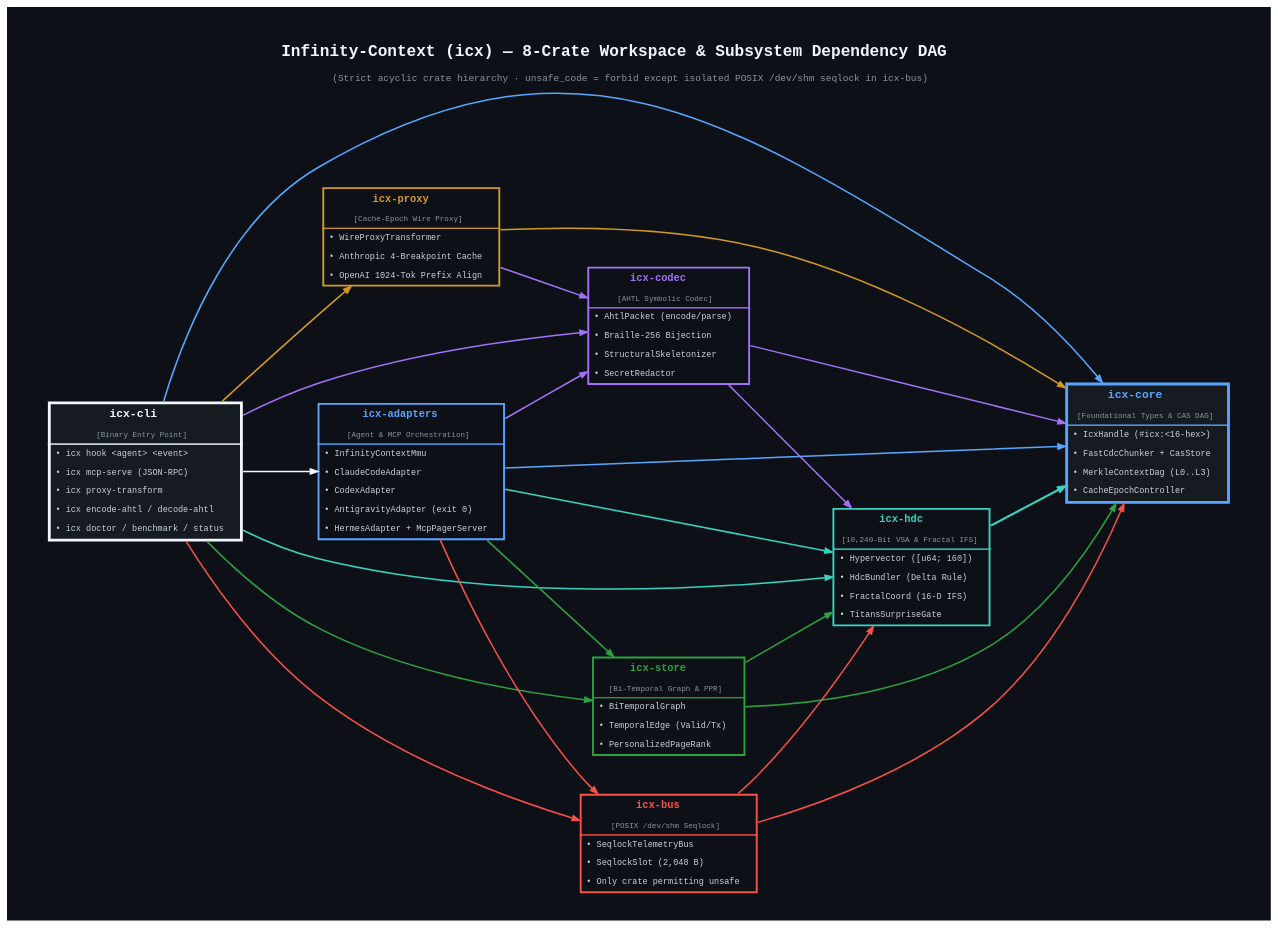
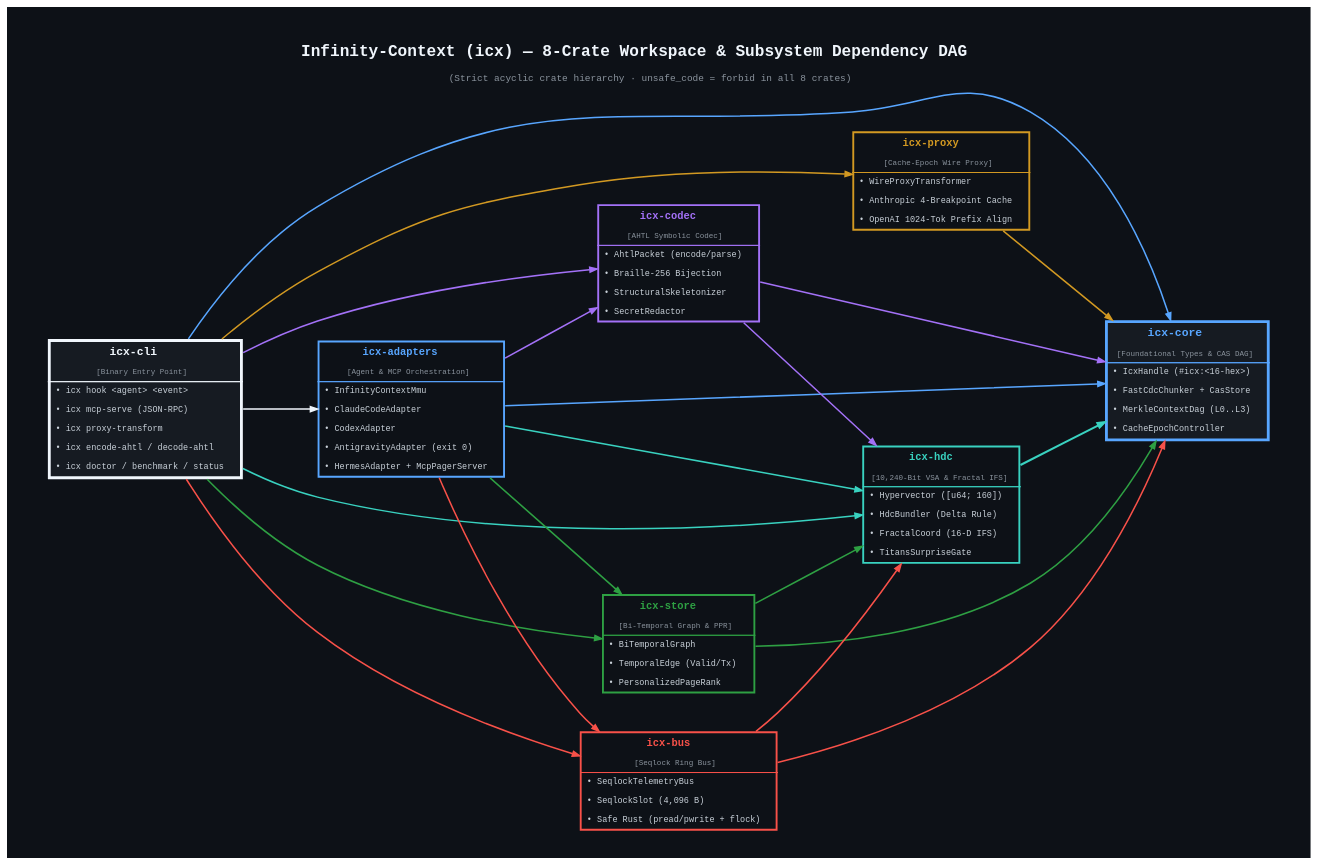
The diagram in images/infinity-context-crate-graph.dot (doublegate/Infinity-Context), drawn with Graphviz before and after one commit. The commit also changed 146 other files, not shown here.

```diff
--- a/images/infinity-context-crate-graph.dot
+++ b/images/infinity-context-crate-graph.dot
@@ -1,139 +1,138 @@
 digraph InfinityContextCrateGraph {
     // =================================================================
     // Infinity-Context (icx) — 8-Crate Workspace & Cross-Agent Dependency DAG
     // Style: Dark theme matching VeridianOS relationship diagrams
     // Note: Every bullet uses its own <TR><TD ALIGN="LEFT"> row for exact left alignment.
     // =================================================================
 
     bgcolor="#0d1117"
     rankdir=LR
     splines=true
     nodesep=0.55
     ranksep=1.10
     pad="0.6,0.4"
     labelloc="t"
     label=<
         <TABLE BORDER="0" CELLBORDER="0" CELLSPACING="0" CELLPADDING="6">
         <TR><TD ALIGN="CENTER"><FONT COLOR="#f0f6fc" POINT-SIZE="17" FACE="JetBrains Mono,Consolas,monospace"><B>Infinity-Context (icx) &#8212; 8-Crate Workspace &amp; Subsystem Dependency DAG</B>&#160;&#160;&#160;</FONT></TD></TR>
-        <TR><TD ALIGN="CENTER"><FONT COLOR="#8b949e" POINT-SIZE="10" FACE="JetBrains Mono,Consolas,monospace">(Strict acyclic crate hierarchy &#183; unsafe_code = forbid except isolated POSIX /dev/shm seqlock in icx-bus)&#160;&#160;&#160;</FONT></TD></TR>
+        <TR><TD ALIGN="CENTER"><FONT COLOR="#8b949e" POINT-SIZE="10" FACE="JetBrains Mono,Consolas,monospace">(Strict acyclic crate hierarchy &#183; unsafe_code = forbid in all 8 crates)&#160;&#160;&#160;</FONT></TD></TR>
         </TABLE>>
 
     node [shape=none fontname="JetBrains Mono,Consolas,Courier New,monospace" fontsize=10 margin="0"]
     edge [arrowsize=0.75 penwidth=1.6]
 
     icx_cli [label=<
         <TABLE BORDER="3" CELLBORDER="0" CELLSPACING="0" CELLPADDING="5" COLOR="#f0f6fc" BGCOLOR="#161b22">
         <TR><TD ALIGN="CENTER"><FONT COLOR="#f0f6fc" POINT-SIZE="12"><B>icx-cli</B>&#160;&#160;&#160;</FONT></TD></TR>
         <TR><TD ALIGN="CENTER"><FONT COLOR="#8b949e" POINT-SIZE="8.5">[Binary Entry Point]&#160;&#160;&#160;</FONT></TD></TR>
         <HR/>
         <TR><TD ALIGN="LEFT"><FONT COLOR="#c9d1d9" POINT-SIZE="9">&#8226; icx hook &lt;agent&gt; &lt;event&gt;&#160;&#160;&#160;</FONT></TD></TR>
         <TR><TD ALIGN="LEFT"><FONT COLOR="#c9d1d9" POINT-SIZE="9">&#8226; icx mcp-serve (JSON-RPC)&#160;&#160;&#160;</FONT></TD></TR>
         <TR><TD ALIGN="LEFT"><FONT COLOR="#c9d1d9" POINT-SIZE="9">&#8226; icx proxy-transform&#160;&#160;&#160;</FONT></TD></TR>
         <TR><TD ALIGN="LEFT"><FONT COLOR="#c9d1d9" POINT-SIZE="9">&#8226; icx encode-ahtl / decode-ahtl&#160;&#160;&#160;</FONT></TD></TR>
         <TR><TD ALIGN="LEFT"><FONT COLOR="#c9d1d9" POINT-SIZE="9">&#8226; icx doctor / benchmark / status&#160;&#160;&#160;</FONT></TD></TR>
         </TABLE>>]
 
     icx_adapters [label=<
         <TABLE BORDER="2" CELLBORDER="0" CELLSPACING="0" CELLPADDING="5" COLOR="#58a6ff" BGCOLOR="#0d1117">
         <TR><TD ALIGN="CENTER"><FONT COLOR="#58a6ff" POINT-SIZE="11"><B>icx-adapters</B>&#160;&#160;&#160;</FONT></TD></TR>
         <TR><TD ALIGN="CENTER"><FONT COLOR="#8b949e" POINT-SIZE="8.5">[Agent &amp; MCP Orchestration]&#160;&#160;&#160;</FONT></TD></TR>
         <HR/>
         <TR><TD ALIGN="LEFT"><FONT COLOR="#c9d1d9" POINT-SIZE="9">&#8226; InfinityContextMmu&#160;&#160;&#160;</FONT></TD></TR>
         <TR><TD ALIGN="LEFT"><FONT COLOR="#c9d1d9" POINT-SIZE="9">&#8226; ClaudeCodeAdapter&#160;&#160;&#160;</FONT></TD></TR>
         <TR><TD ALIGN="LEFT"><FONT COLOR="#c9d1d9" POINT-SIZE="9">&#8226; CodexAdapter&#160;&#160;&#160;</FONT></TD></TR>
         <TR><TD ALIGN="LEFT"><FONT COLOR="#c9d1d9" POINT-SIZE="9">&#8226; AntigravityAdapter (exit 0)&#160;&#160;&#160;</FONT></TD></TR>
         <TR><TD ALIGN="LEFT"><FONT COLOR="#c9d1d9" POINT-SIZE="9">&#8226; HermesAdapter + McpPagerServer&#160;&#160;&#160;</FONT></TD></TR>
         </TABLE>>]
 
     icx_proxy [label=<
         <TABLE BORDER="2" CELLBORDER="0" CELLSPACING="0" CELLPADDING="5" COLOR="#d29922" BGCOLOR="#0d1117">
         <TR><TD ALIGN="CENTER"><FONT COLOR="#d29922" POINT-SIZE="11"><B>icx-proxy</B>&#160;&#160;&#160;</FONT></TD></TR>
         <TR><TD ALIGN="CENTER"><FONT COLOR="#8b949e" POINT-SIZE="8.5">[Cache-Epoch Wire Proxy]&#160;&#160;&#160;</FONT></TD></TR>
         <HR/>
         <TR><TD ALIGN="LEFT"><FONT COLOR="#c9d1d9" POINT-SIZE="9">&#8226; WireProxyTransformer&#160;&#160;&#160;</FONT></TD></TR>
         <TR><TD ALIGN="LEFT"><FONT COLOR="#c9d1d9" POINT-SIZE="9">&#8226; Anthropic 4-Breakpoint Cache&#160;&#160;&#160;</FONT></TD></TR>
         <TR><TD ALIGN="LEFT"><FONT COLOR="#c9d1d9" POINT-SIZE="9">&#8226; OpenAI 1024-Tok Prefix Align&#160;&#160;&#160;</FONT></TD></TR>
         </TABLE>>]
 
     icx_codec [label=<
         <TABLE BORDER="2" CELLBORDER="0" CELLSPACING="0" CELLPADDING="5" COLOR="#a371f7" BGCOLOR="#0d1117">
         <TR><TD ALIGN="CENTER"><FONT COLOR="#a371f7" POINT-SIZE="11"><B>icx-codec</B>&#160;&#160;&#160;</FONT></TD></TR>
         <TR><TD ALIGN="CENTER"><FONT COLOR="#8b949e" POINT-SIZE="8.5">[AHTL Symbolic Codec]&#160;&#160;&#160;</FONT></TD></TR>
         <HR/>
         <TR><TD ALIGN="LEFT"><FONT COLOR="#c9d1d9" POINT-SIZE="9">&#8226; AhtlPacket (encode/parse)&#160;&#160;&#160;</FONT></TD></TR>
         <TR><TD ALIGN="LEFT"><FONT COLOR="#c9d1d9" POINT-SIZE="9">&#8226; Braille-256 Bijection&#160;&#160;&#160;</FONT></TD></TR>
         <TR><TD ALIGN="LEFT"><FONT COLOR="#c9d1d9" POINT-SIZE="9">&#8226; StructuralSkeletonizer&#160;&#160;&#160;</FONT></TD></TR>
         <TR><TD ALIGN="LEFT"><FONT COLOR="#c9d1d9" POINT-SIZE="9">&#8226; SecretRedactor&#160;&#160;&#160;</FONT></TD></TR>
         </TABLE>>]
 
     icx_store [label=<
         <TABLE BORDER="2" CELLBORDER="0" CELLSPACING="0" CELLPADDING="5" COLOR="#2ea043" BGCOLOR="#0d1117">
         <TR><TD ALIGN="CENTER"><FONT COLOR="#2ea043" POINT-SIZE="11"><B>icx-store</B>&#160;&#160;&#160;</FONT></TD></TR>
         <TR><TD ALIGN="CENTER"><FONT COLOR="#8b949e" POINT-SIZE="8.5">[Bi-Temporal Graph &amp; PPR]&#160;&#160;&#160;</FONT></TD></TR>
         <HR/>
         <TR><TD ALIGN="LEFT"><FONT COLOR="#c9d1d9" POINT-SIZE="9">&#8226; BiTemporalGraph&#160;&#160;&#160;</FONT></TD></TR>
         <TR><TD ALIGN="LEFT"><FONT COLOR="#c9d1d9" POINT-SIZE="9">&#8226; TemporalEdge (Valid/Tx)&#160;&#160;&#160;</FONT></TD></TR>
         <TR><TD ALIGN="LEFT"><FONT COLOR="#c9d1d9" POINT-SIZE="9">&#8226; PersonalizedPageRank&#160;&#160;&#160;</FONT></TD></TR>
         </TABLE>>]
 
     icx_bus [label=<
         <TABLE BORDER="2" CELLBORDER="0" CELLSPACING="0" CELLPADDING="5" COLOR="#f85149" BGCOLOR="#0d1117">
         <TR><TD ALIGN="CENTER"><FONT COLOR="#f85149" POINT-SIZE="11"><B>icx-bus</B>&#160;&#160;&#160;</FONT></TD></TR>
-        <TR><TD ALIGN="CENTER"><FONT COLOR="#8b949e" POINT-SIZE="8.5">[POSIX /dev/shm Seqlock]&#160;&#160;&#160;</FONT></TD></TR>
+        <TR><TD ALIGN="CENTER"><FONT COLOR="#8b949e" POINT-SIZE="8.5">[Seqlock Ring Bus]&#160;&#160;&#160;</FONT></TD></TR>
         <HR/>
         <TR><TD ALIGN="LEFT"><FONT COLOR="#c9d1d9" POINT-SIZE="9">&#8226; SeqlockTelemetryBus&#160;&#160;&#160;</FONT></TD></TR>
-        <TR><TD ALIGN="LEFT"><FONT COLOR="#c9d1d9" POINT-SIZE="9">&#8226; SeqlockSlot (2,048 B)&#160;&#160;&#160;</FONT></TD></TR>
-        <TR><TD ALIGN="LEFT"><FONT COLOR="#c9d1d9" POINT-SIZE="9">&#8226; Only crate permitting unsafe&#160;&#160;&#160;</FONT></TD></TR>
+        <TR><TD ALIGN="LEFT"><FONT COLOR="#c9d1d9" POINT-SIZE="9">&#8226; SeqlockSlot (4,096 B)&#160;&#160;&#160;</FONT></TD></TR>
+        <TR><TD ALIGN="LEFT"><FONT COLOR="#c9d1d9" POINT-SIZE="9">&#8226; Safe Rust (pread/pwrite + flock)&#160;&#160;&#160;</FONT></TD></TR>
         </TABLE>>]
 
     icx_hdc [label=<
         <TABLE BORDER="2" CELLBORDER="0" CELLSPACING="0" CELLPADDING="5" COLOR="#39d2c0" BGCOLOR="#0d1117">
         <TR><TD ALIGN="CENTER"><FONT COLOR="#39d2c0" POINT-SIZE="11"><B>icx-hdc</B>&#160;&#160;&#160;</FONT></TD></TR>
         <TR><TD ALIGN="CENTER"><FONT COLOR="#8b949e" POINT-SIZE="8.5">[10,240-Bit VSA &amp; Fractal IFS]&#160;&#160;&#160;</FONT></TD></TR>
         <HR/>
         <TR><TD ALIGN="LEFT"><FONT COLOR="#c9d1d9" POINT-SIZE="9">&#8226; Hypervector ([u64; 160])&#160;&#160;&#160;</FONT></TD></TR>
         <TR><TD ALIGN="LEFT"><FONT COLOR="#c9d1d9" POINT-SIZE="9">&#8226; HdcBundler (Delta Rule)&#160;&#160;&#160;</FONT></TD></TR>
         <TR><TD ALIGN="LEFT"><FONT COLOR="#c9d1d9" POINT-SIZE="9">&#8226; FractalCoord (16-D IFS)&#160;&#160;&#160;</FONT></TD></TR>
         <TR><TD ALIGN="LEFT"><FONT COLOR="#c9d1d9" POINT-SIZE="9">&#8226; TitansSurpriseGate&#160;&#160;&#160;</FONT></TD></TR>
         </TABLE>>]
 
     icx_core [label=<
         <TABLE BORDER="3" CELLBORDER="0" CELLSPACING="0" CELLPADDING="5" COLOR="#58a6ff" BGCOLOR="#161b22">
         <TR><TD ALIGN="CENTER"><FONT COLOR="#58a6ff" POINT-SIZE="12"><B>icx-core</B>&#160;&#160;&#160;</FONT></TD></TR>
         <TR><TD ALIGN="CENTER"><FONT COLOR="#8b949e" POINT-SIZE="8.5">[Foundational Types &amp; CAS DAG]&#160;&#160;&#160;</FONT></TD></TR>
         <HR/>
         <TR><TD ALIGN="LEFT"><FONT COLOR="#c9d1d9" POINT-SIZE="9">&#8226; IcxHandle (#icx:&lt;16-hex&gt;)&#160;&#160;&#160;</FONT></TD></TR>
         <TR><TD ALIGN="LEFT"><FONT COLOR="#c9d1d9" POINT-SIZE="9">&#8226; FastCdcChunker + CasStore&#160;&#160;&#160;</FONT></TD></TR>
         <TR><TD ALIGN="LEFT"><FONT COLOR="#c9d1d9" POINT-SIZE="9">&#8226; MerkleContextDag (L0..L3)&#160;&#160;&#160;</FONT></TD></TR>
         <TR><TD ALIGN="LEFT"><FONT COLOR="#c9d1d9" POINT-SIZE="9">&#8226; CacheEpochController&#160;&#160;&#160;</FONT></TD></TR>
         </TABLE>>]
 
     // Strict Acyclic Crate Dependency Edges
     icx_cli -> icx_adapters [color="#f0f6fc" style=bold]
     icx_cli -> icx_proxy [color="#d29922" style=bold]
     icx_cli -> icx_codec [color="#a371f7"]
     icx_cli -> icx_bus [color="#f85149"]
     icx_cli -> icx_store [color="#2ea043"]
     icx_cli -> icx_hdc [color="#39d2c0"]
     icx_cli -> icx_core [color="#58a6ff"]
 
     icx_adapters -> icx_codec [color="#a371f7" style=bold]
     icx_adapters -> icx_store [color="#2ea043" style=bold]
     icx_adapters -> icx_bus [color="#f85149" style=bold]
     icx_adapters -> icx_hdc [color="#39d2c0" style=bold]
     icx_adapters -> icx_core [color="#58a6ff" style=bold]
 
-    icx_proxy -> icx_codec [color="#a371f7" style=bold]
     icx_proxy -> icx_core [color="#d29922" style=bold]
 
     icx_codec -> icx_hdc [color="#a371f7" style=bold]
     icx_codec -> icx_core [color="#a371f7" style=bold]
 
     icx_store -> icx_hdc [color="#2ea043" style=bold]
     icx_store -> icx_core [color="#2ea043" style=bold]
 
     icx_bus -> icx_hdc [color="#f85149" style=bold]
     icx_bus -> icx_core [color="#f85149" style=bold]
 
     icx_hdc -> icx_core [color="#39d2c0" style=bold penwidth=2.2]
 }
```
